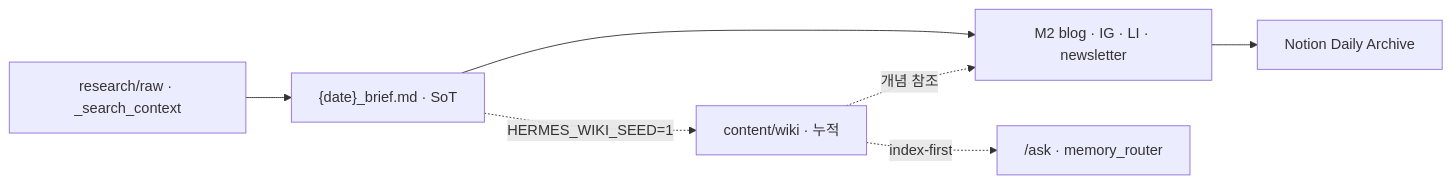
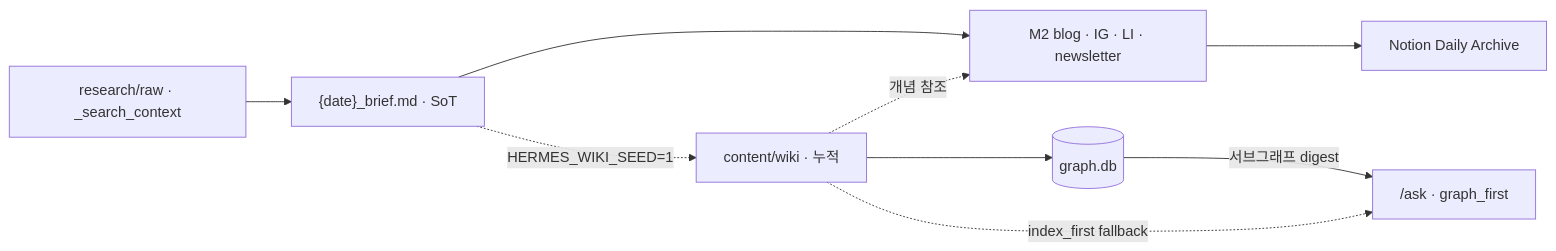
Before and after one commit to saewookkangboy/Hermes_Harness_dailybrief: the diagram in docs/LLM-WIKI-INTEGRATION.md, drawn with Mermaid. The commit also changed other lines of this file and 11 other files, not shown here.

First line of the commit message:
docs: record v2.1 system logic (graph/token/playbook) and F1–F4 details.

````diff
--- a/docs/LLM-WIKI-INTEGRATION.md
+++ b/docs/LLM-WIKI-INTEGRATION.md
@@ -21,15 +22,18 @@
 ```mermaid
 flowchart LR
   RAW["research/raw · _search_context"]
   BRIEF["{date}_brief.md · SoT"]
   WIKI["content/wiki · 누적"]
+  GRAPH[("graph.db")]
   M2["M2 blog · IG · LI · newsletter"]
   NOTION["Notion Daily Archive"]
-  ASK["/ask · memory_router"]
+  ASK["/ask · graph_first"]
 
   RAW --> BRIEF
   BRIEF --> M2 --> NOTION
   BRIEF -.->|HERMES_WIKI_SEED=1| WIKI
-  WIKI -.->|index-first| ASK
+  WIKI --> GRAPH
+  GRAPH -->|서브그래프 digest| ASK
+  WIKI -.->|index_first fallback| ASK
   WIKI -.->|개념 참조| M2
 ```
````
